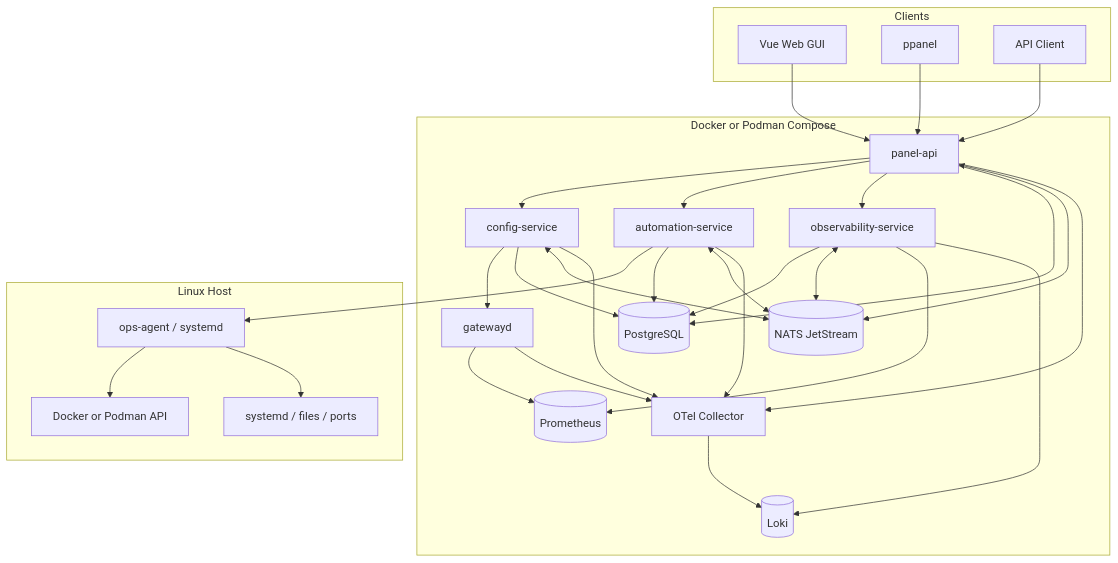
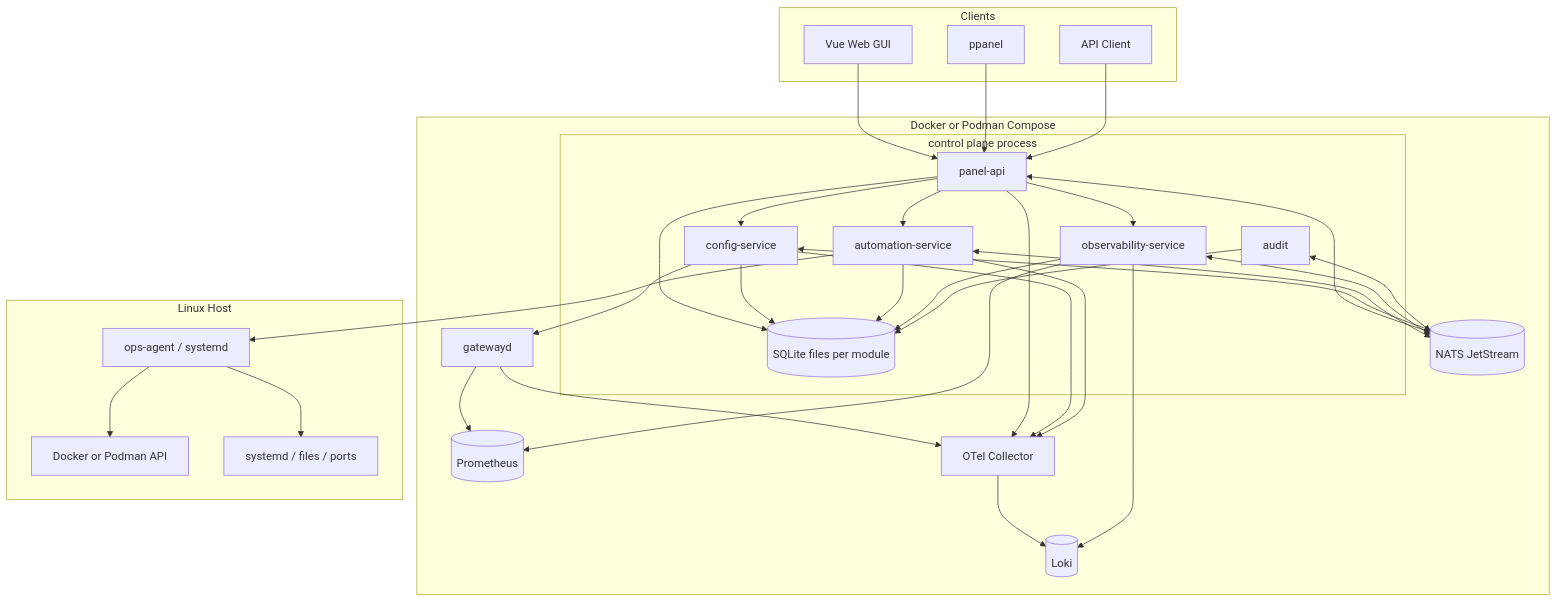
Before and after one commit to eltavine/pingora-panel: the second of 8 diagrams in PRODUCT_SPEC.md, drawn with Mermaid. The commit also changed other lines of this file and 5 other files, not shown here.

First line of the commit message:
ADR 0032: one control-plane process on SQLite

````diff
--- a/PRODUCT_SPEC.md
+++ b/PRODUCT_SPEC.md
@@ -196,54 +198,59 @@
 ```mermaid
 flowchart TB
     subgraph Clients
         Web[Vue Web GUI]
         CLI[ppanel]
         SDK[API Client]
     end
 
     subgraph Containers[Docker or Podman Compose]
-        API[panel-api]
-        CFG[config-service]
-        AUTO[automation-service]
-        OBS[observability-service]
+        subgraph Control[control plane process]
+            API[panel-api]
+            CFG[config-service]
+            AUTO[automation-service]
+            OBS[observability-service]
+            AUDIT[audit]
+            DB[(SQLite files per module)]
+        end
         GW[gatewayd]
-        PG[(PostgreSQL)]
         NATS[(NATS JetStream)]
         PROM[(Prometheus)]
         LOKI[(Loki)]
         OTEL[OTel Collector]
     end
 
     subgraph Host[Linux Host]
         AGENT[ops-agent / systemd]
         ENGINE[Docker or Podman API]
         SYSTEMD[systemd / files / ports]
     end
 
     Web --> API
     CLI --> API
     SDK --> API
     API --> CFG
     API --> AUTO
     API --> OBS
     CFG --> GW
     AUTO --> AGENT
-    API --> PG
-    CFG --> PG
-    AUTO --> PG
-    OBS --> PG
+    API --> DB
+    CFG --> DB
+    AUTO --> DB
+    OBS --> DB
+    AUDIT --> DB
     API <--> NATS
     CFG <--> NATS
     AUTO <--> NATS
     OBS <--> NATS
+    AUDIT <--> NATS
     GW --> PROM
     GW --> OTEL
     API --> OTEL
     CFG --> OTEL
     AUTO --> OTEL
     OTEL --> LOKI
     OBS --> PROM
     OBS --> LOKI
     AGENT --> ENGINE
     AGENT --> SYSTEMD
 ```
````
